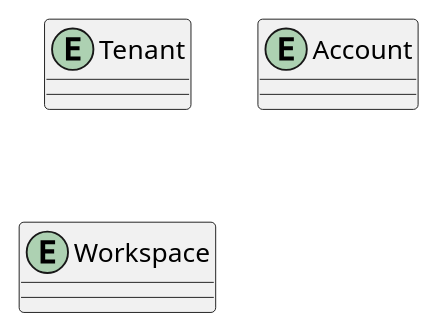
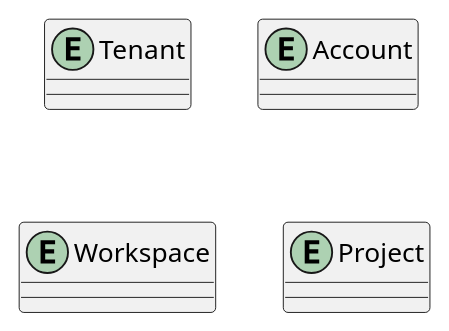
The diagram in entities.plantuml (jairokoning/sprint_manager_uml), drawn with PlantUML before and after one commit.

Commit message:
feat: add entity project

```diff
--- a/entities.plantuml
+++ b/entities.plantuml
@@ -1,7 +1,8 @@
 @startuml "entities"
 
 entity Tenant {}
 entity Account {}
 entity Workspace {}
+entity Project {}
 
 @enduml
```
